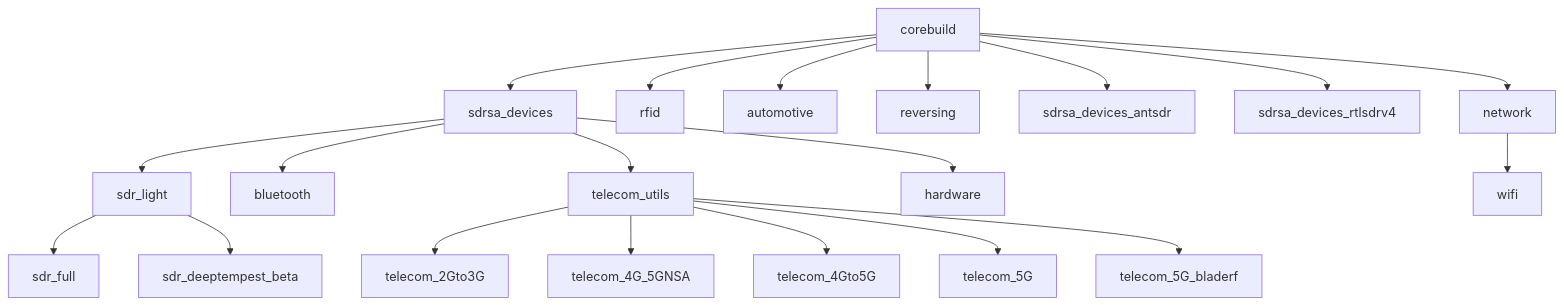
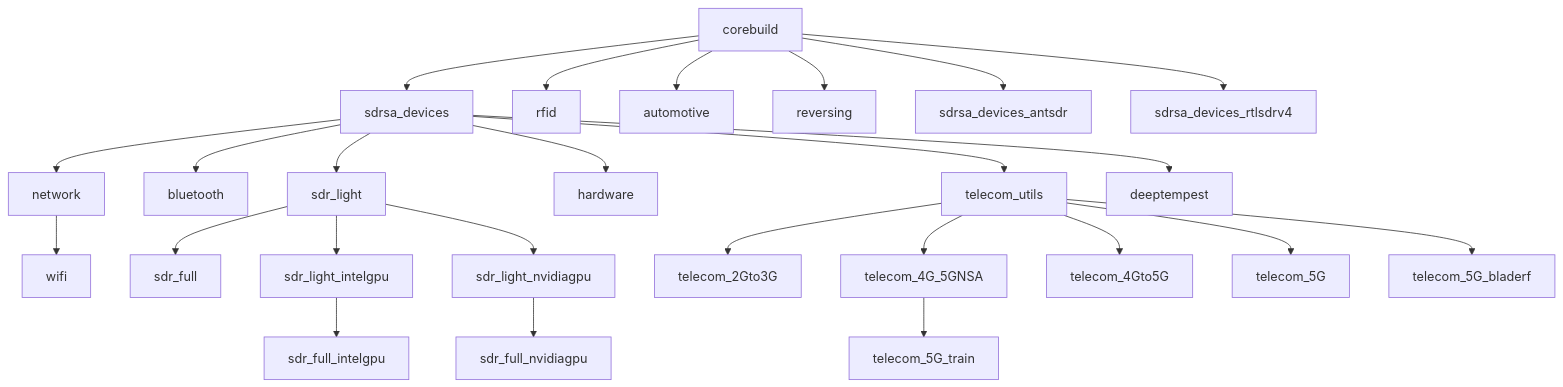
Before and after one commit to PentHertz/rfswift-doc-v2: the diagram in content/docs/guide/list-of-tools.md, drawn with Mermaid. The commit also changed 92 other files, not shown here.

````diff
--- a/content/docs/guide/list-of-tools.md
+++ b/content/docs/guide/list-of-tools.md
@@ -29,22 +29,27 @@
 ```mermaid
 graph TD;
     A[corebuild]-->B[sdrsa_devices];
     A-->C[rfid];
     A-->D[automotive];
     A-->E[reversing];
     A-->F[sdrsa_devices_antsdr];
     A-->G[sdrsa_devices_rtlsdrv4];
-    A-->H[network];
     B[sdrsa_devices]-->I[sdr_light];
     B[sdrsa_devices]-->J[bluetooth];
     B[sdrsa_devices]-->K[telecom_utils];
     B[sdrsa_devices]-->L[hardware];
+    B[sdrsa_devices]-->H[network];
+    B[sdrsa_devices]-->DT[deeptempest];
     H[network]-->M[wifi];
     I[sdr_light]-->N[sdr_full];
-    I[sdr_light]-->O[sdr_deeptempest_beta];
+    I[sdr_light]-->I2[sdr_light_intelgpu];
+    I[sdr_light]-->I3[sdr_light_nvidiagpu];
+    I2[sdr_light_intelgpu]-->N2[sdr_full_intelgpu];
+    I3[sdr_light_nvidiagpu]-->N3[sdr_full_nvidiagpu];
     K[telecom_utils]-->P[telecom_2Gto3G];
     K[telecom_utils]-->Q[telecom_4G_5GNSA];
     K[telecom_utils]-->R[telecom_4Gto5G];
+    Q[telecom_4G_5GNSA]-->R2[telecom_5G_train];
     K[telecom_utils]-->S[telecom_5G];
     K[telecom_utils]-->T[telecom_5G_bladerf];
 ```
````
